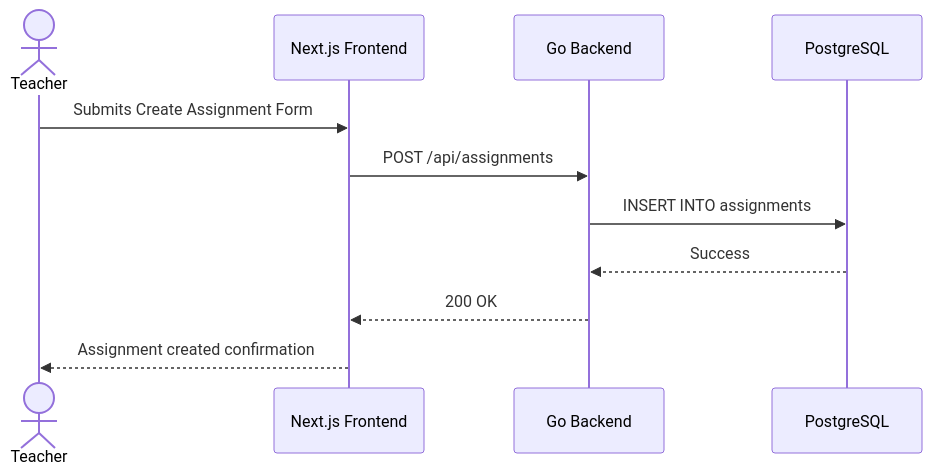
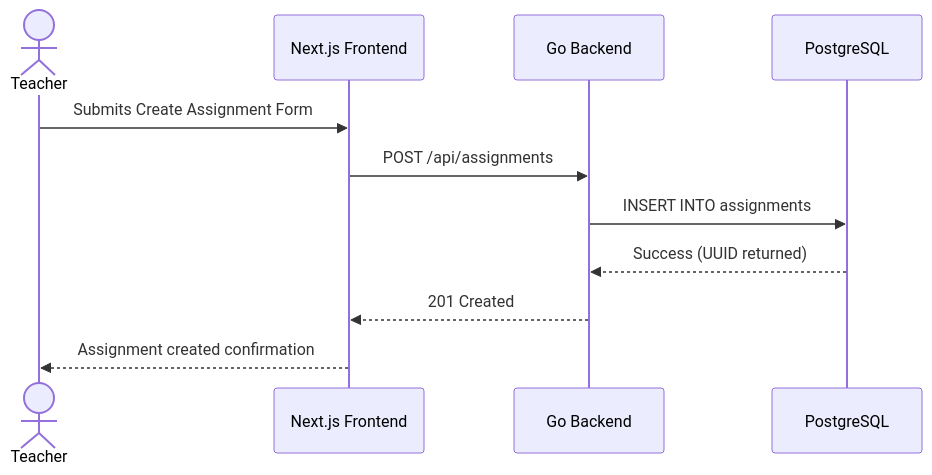
The fourth of 4 diagrams in README.md (JosephGabrie/cen5064-project-JosephGabrie), drawn with Mermaid before and after one commit. The commit also changed other lines of this file and 1 other file, not shown here.

First line of the commit message:
docs: update UML diagrams and add ADR-001 for tech stack architecture

````diff
--- a/README.md
+++ b/README.md
@@ -113,14 +159,14 @@
 ```mermaid
 %% Sequence diagram: ONE core use case, end to end.
 sequenceDiagram
     actor T as Teacher
     participant UI as Next.js Frontend
     participant S as Go Backend
     participant D as PostgreSQL
     T->>UI: Submits Create Assignment Form
     UI->>S: POST /api/assignments
     S->>D: INSERT INTO assignments
-    D-->>S: Success
-    S-->>UI: 200 OK
+    D-->>S: Success (UUID returned)
+    S-->>UI: 201 Created
     UI-->>T: Assignment created confirmation
 ```
````
